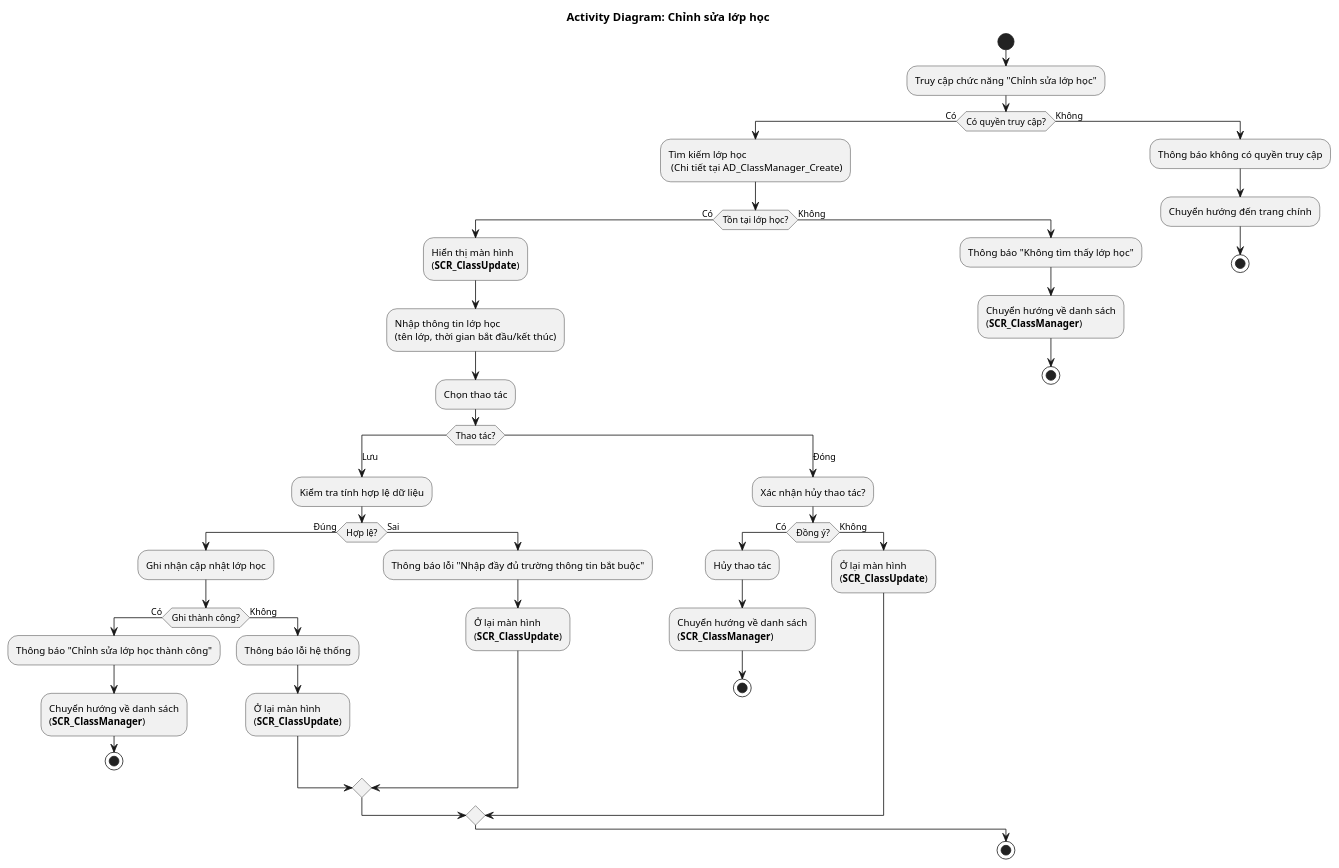
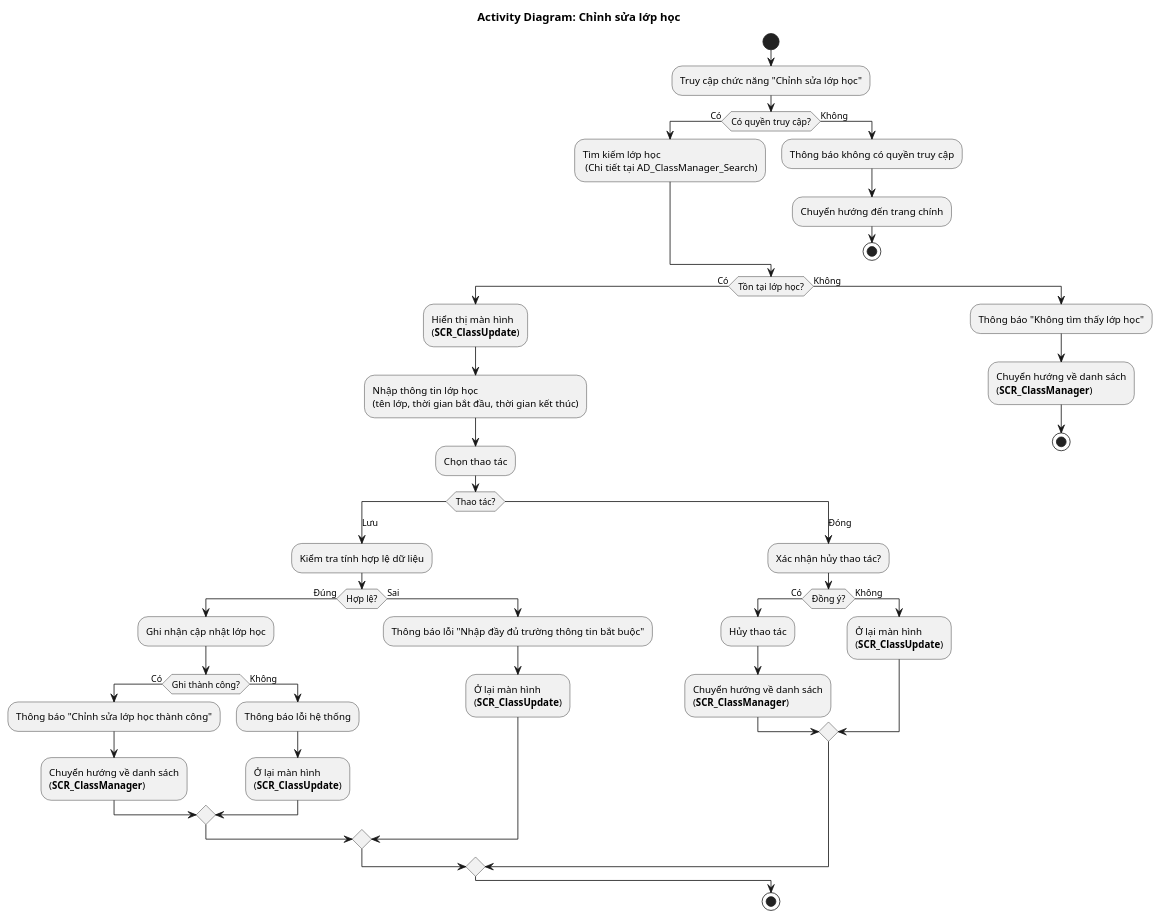
Before and after one commit to alvinnguyen9820-prog/TestPUML: the diagram in 4.usecases/ClassManager/AD_ClassManager_Update.puml, drawn with PlantUML. The commit also changed 5 other files, not shown here.

```diff
--- a/4.usecases/ClassManager/AD_ClassManager_Update.puml
+++ b/4.usecases/ClassManager/AD_ClassManager_Update.puml
@@ -1,61 +1,57 @@
 @startuml AD_ClassManager_Update
 !pragma layout smetana
 title Activity Diagram: Chỉnh sửa lớp học
 
 start
 :Truy cập chức năng "Chỉnh sửa lớp học";
 
 if (Có quyền truy cập?) then (Có)
   :Tìm kiếm lớp học 
-   (Chi tiết tại AD_ClassManager_Create);
+   (Chi tiết tại AD_ClassManager_Search);
+   else (Không)
+  :Thông báo không có quyền truy cập;
+  :Chuyển hướng đến trang chính;
+  stop
+endif
 
   if (Tồn tại lớp học?) then (Có)
     :Hiển thị màn hình\n(**SCR_ClassUpdate**);
 
-    :Nhập thông tin lớp học\n(tên lớp, thời gian bắt đầu/kết thúc);
+    :Nhập thông tin lớp học\n(tên lớp, thời gian bắt đầu, thời gian kết thúc);
 
     :Chọn thao tác;
 
     switch (Thao tác?)
       case (Lưu)
         :Kiểm tra tính hợp lệ dữ liệu;
         if (Hợp lệ?) then (Đúng)
           :Ghi nhận cập nhật lớp học;
           if (Ghi thành công?) then (Có)
             :Thông báo "Chỉnh sửa lớp học thành công";
             :Chuyển hướng về danh sách\n(**SCR_ClassManager**);
-            stop
           else (Không)
             :Thông báo lỗi hệ thống;
             :Ở lại màn hình\n(**SCR_ClassUpdate**);
           endif
         else (Sai)
           :Thông báo lỗi "Nhập đầy đủ trường thông tin bắt buộc";
           :Ở lại màn hình\n(**SCR_ClassUpdate**);
         endif
 
       case (Đóng)
         :Xác nhận hủy thao tác?;
         if (Đồng ý?) then (Có)
           :Hủy thao tác;
           :Chuyển hướng về danh sách\n(**SCR_ClassManager**);
-          stop
         else (Không)
           :Ở lại màn hình\n(**SCR_ClassUpdate**);
         endif
     endswitch
 
   else (Không)
     :Thông báo "Không tìm thấy lớp học";
     :Chuyển hướng về danh sách\n(**SCR_ClassManager**);
     stop
   endif
-
-else (Không)
-  :Thông báo không có quyền truy cập;
-  :Chuyển hướng đến trang chính;
-  stop
-endif
-
 stop
 @enduml
```
